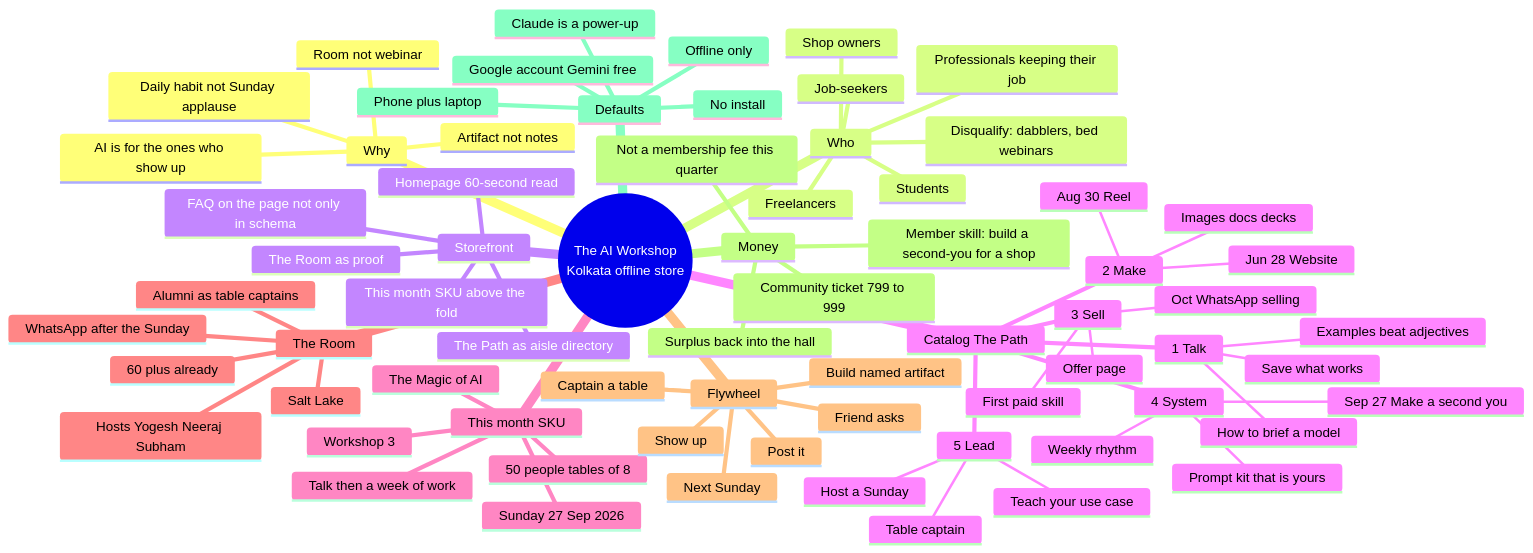
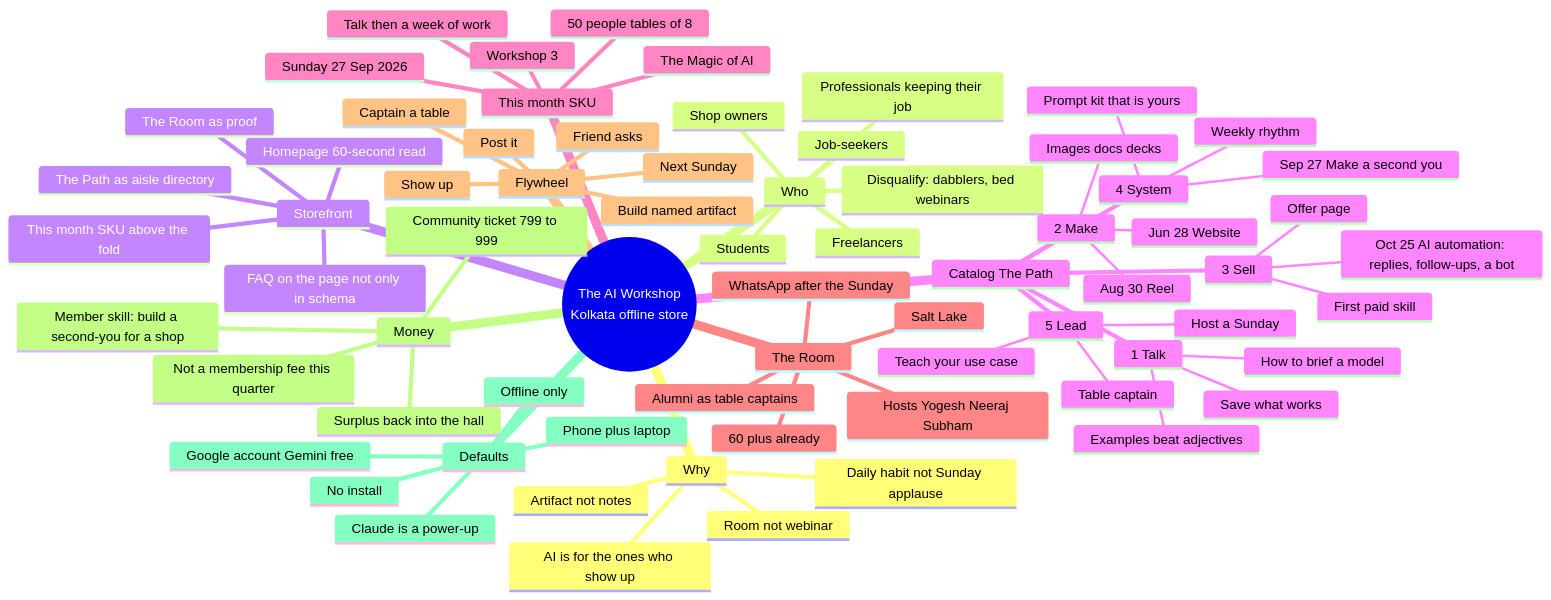
Before and after one commit to subhamkanoi-jpg/theaiworkshop: the first of 4 diagrams in docs/MIND-MAP.md, drawn with Mermaid. The commit also changed other lines of this file and 3 other files, not shown here.

````diff
--- a/docs/MIND-MAP.md
+++ b/docs/MIND-MAP.md
@@ -9,74 +9,74 @@
 ```mermaid
 mindmap
   root((The AI Workshop
   Kolkata offline store))
     Why
       AI is for the ones who show up
       Artifact not notes
       Room not webinar
       Daily habit not Sunday applause
     Who
       Shop owners
       Students
       Job-seekers
       Freelancers
       Professionals keeping their job
       Disqualify: dabblers, bed webinars
     Storefront
       Homepage 60-second read
       This month SKU above the fold
       The Path as aisle directory
       The Room as proof
       FAQ on the page not only in schema
     Catalog The Path
       1 Talk
         How to brief a model
         Examples beat adjectives
         Save what works
       2 Make
         Jun 28 Website
         Aug 30 Reel
         Images docs decks
       3 Sell
-        Oct WhatsApp selling
+        Oct 25 AI automation: replies, follow-ups, a bot
         Offer page
         First paid skill
       4 System
         Sep 27 Make a second you
         Weekly rhythm
         Prompt kit that is yours
       5 Lead
         Table captain
         Host a Sunday
         Teach your use case
     This month SKU
       Workshop 3
       Sunday 27 Sep 2026
       The Magic of AI
       Talk then a week of work
       50 people tables of 8
     The Room
       Salt Lake
       Hosts Yogesh Neeraj Subham
       60 plus already
       WhatsApp after the Sunday
       Alumni as table captains
     Flywheel
       Show up
       Build named artifact
       Post it
       Friend asks
       Next Sunday
       Captain a table
     Money
       Community ticket 799 to 999
       Surplus back into the hall
       Member skill: build a second-you for a shop
       Not a membership fee this quarter
     Defaults
       Offline only
       Google account Gemini free
       Phone plus laptop
       No install
       Claude is a power-up
 ```
````
